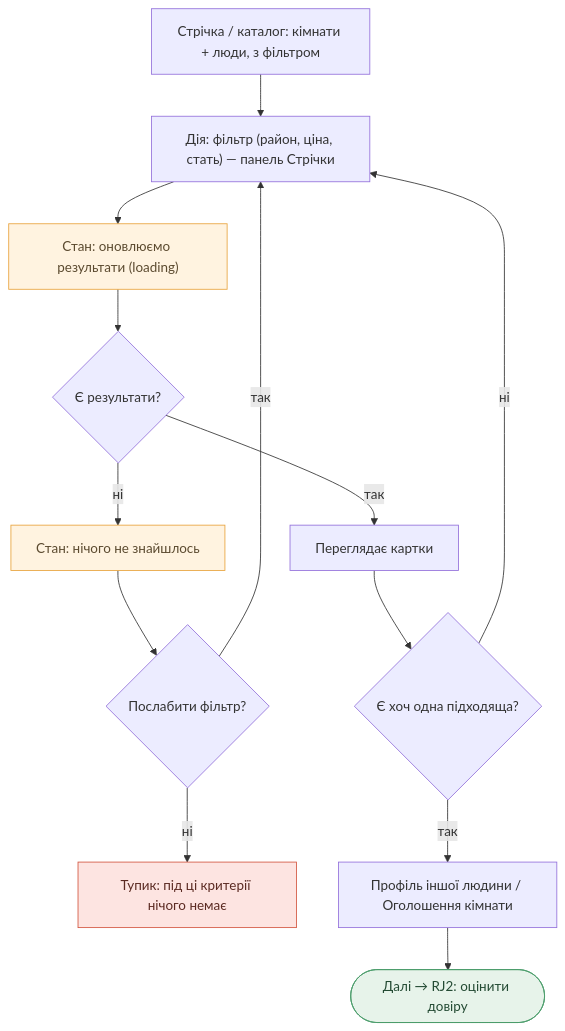
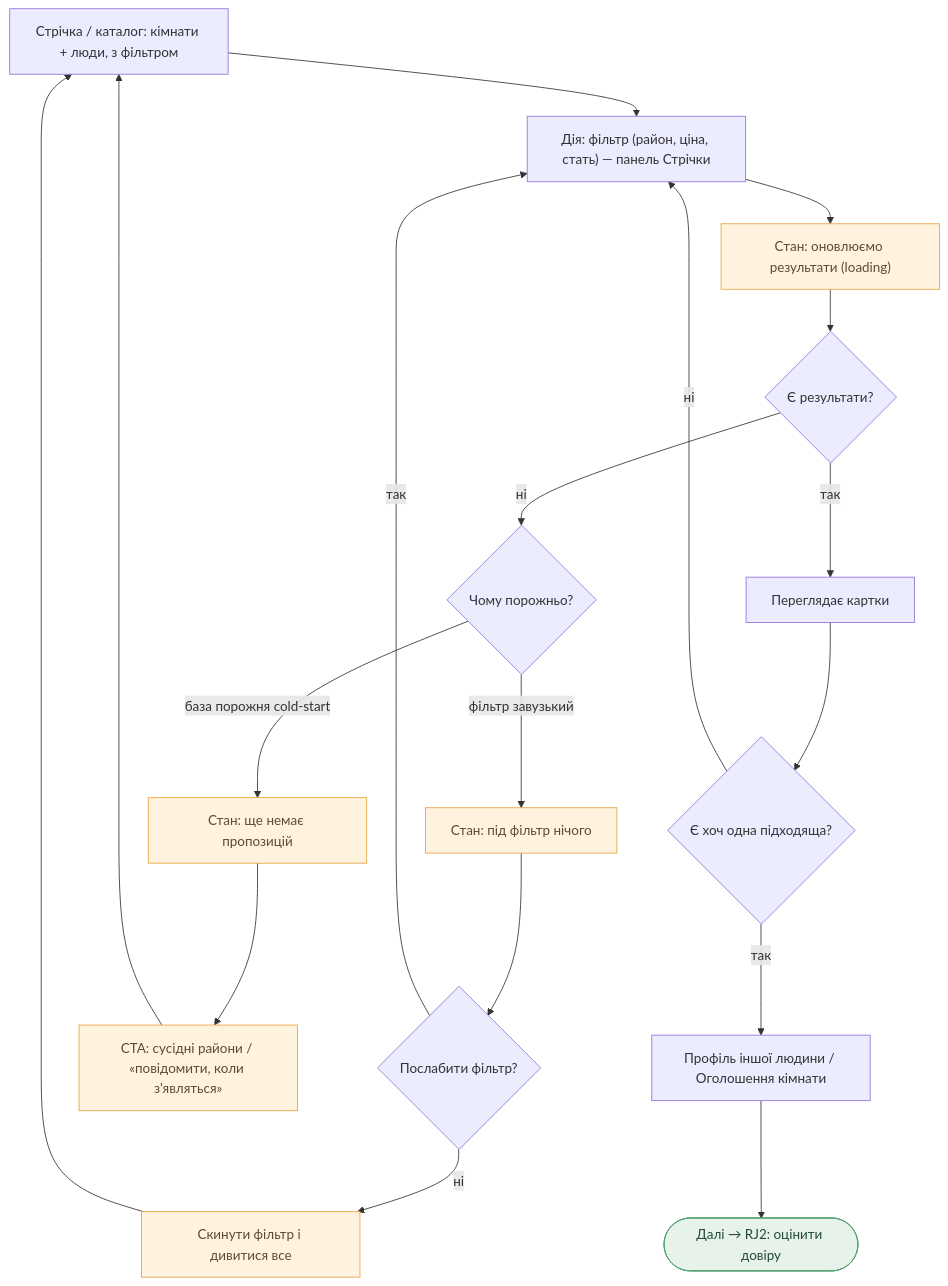
One commit to denysosadchyi/kutok changed the second of 5 diagrams in flows.md. Above: the diagram before and after it, drawn with Mermaid. The commit also changed other lines of this file and 12 other files, not shown here.

````diff
--- a/flows.md
+++ b/flows.md
@@ -75,24 +81,29 @@
 ```mermaid
 flowchart TD
     A["Стрічка / каталог: кімнати + люди, з фільтром"] --> B["Дія: фільтр (район, ціна, стать) — панель Стрічки"]
     B --> L["Стан: оновлюємо результати (loading)"]
     L --> C{"Є результати?"}
 
-    C -->|ні| E["Стан: нічого не знайшлось"]
+    C -->|ні| W{"Чому порожньо?"}
+    W -->|фільтр завузький| E["Стан: під фільтр нічого"]
+    W -->|база порожня cold-start| ZI["Стан: ще немає пропозицій"]
+
     E --> F{"Послабити фільтр?"}
     F -->|так| B
-    F -->|ні| Stuck["Тупик: під ці критерії нічого немає"]
+    F -->|ні| Reset["Скинути фільтр і дивитися все"]
+    Reset --> A
+
+    ZI --> ZN["CTA: сусідні райони / «повідомити, коли з'являться»"]
+    ZN --> A
 
     C -->|так| G["Переглядає картки"]
     G --> H{"Є хоч одна підходяща?"}
     H -->|ні| B
     H -->|так| I["Профіль іншої людини / Оголошення кімнати"]
     I --> Ok(["Далі → RJ2: оцінити довіру"])
 
     classDef state fill:#fff3e0,stroke:#e8a33d,color:#5b4a2f;
-    classDef stuck fill:#fde4e1,stroke:#d2553f,color:#5b2a22;
     classDef ok fill:#e7f3ea,stroke:#4a9d6a,color:#234a33;
-    class E,L state;
-    class Stuck stuck;
+    class E,L,ZI,ZN,Reset state;
     class Ok ok;
 ```
````
